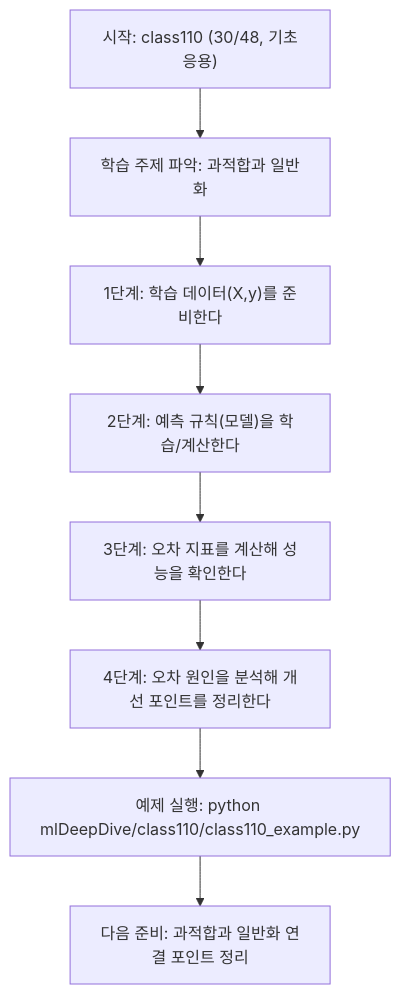
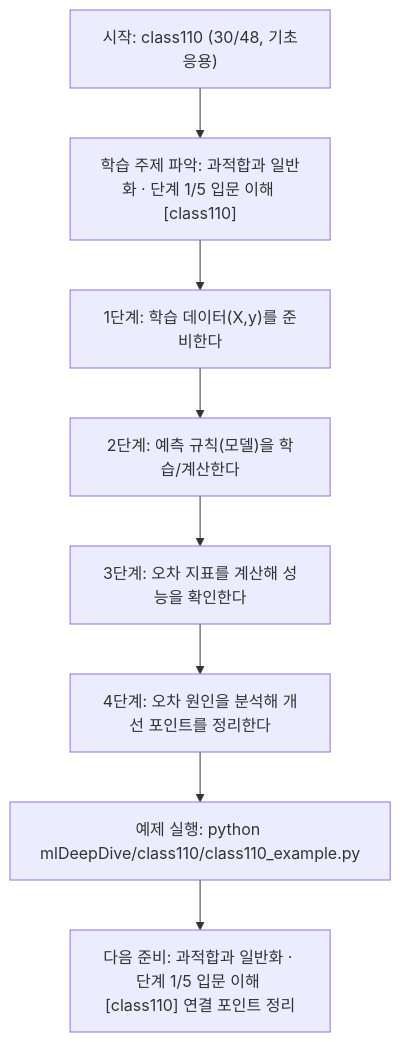
The diagram in mlDeepDive/class110/class110.md (edumgt/Python-AI_Agent-Class), drawn with Mermaid before and after one commit. The commit also changed other lines of this file and 522 other files, not shown here.

````diff
--- a/mlDeepDive/class110/class110.md
+++ b/mlDeepDive/class110/class110.md
@@ -108,18 +109,18 @@
 ```mermaid
 flowchart TD
 N1["시작: class110 (30/48, 기초응용)"]
-N2["학습 주제 파악: 과적합과 일반화"]
+N2["학습 주제 파악: 과적합과 일반화 · 단계 1/5 입문 이해 [class110]"]
 N3["1단계: 학습 데이터(X,y)를 준비한다"]
 N4["2단계: 예측 규칙(모델)을 학습/계산한다"]
 N5["3단계: 오차 지표를 계산해 성능을 확인한다"]
 N6["4단계: 오차 원인을 분석해 개선 포인트를 정리한다"]
 N7["예제 실행: python mlDeepDive/class110/class110_example.py"]
-N8["다음 준비: 과적합과 일반화 연결 포인트 정리"]
+N8["다음 준비: 과적합과 일반화 · 단계 1/5 입문 이해 [class110] 연결 포인트 정리"]
 N1 --> N2
 N2 --> N3
 N3 --> N4
 N4 --> N5
 N5 --> N6
 N6 --> N7
 N7 --> N8
 ```
````
